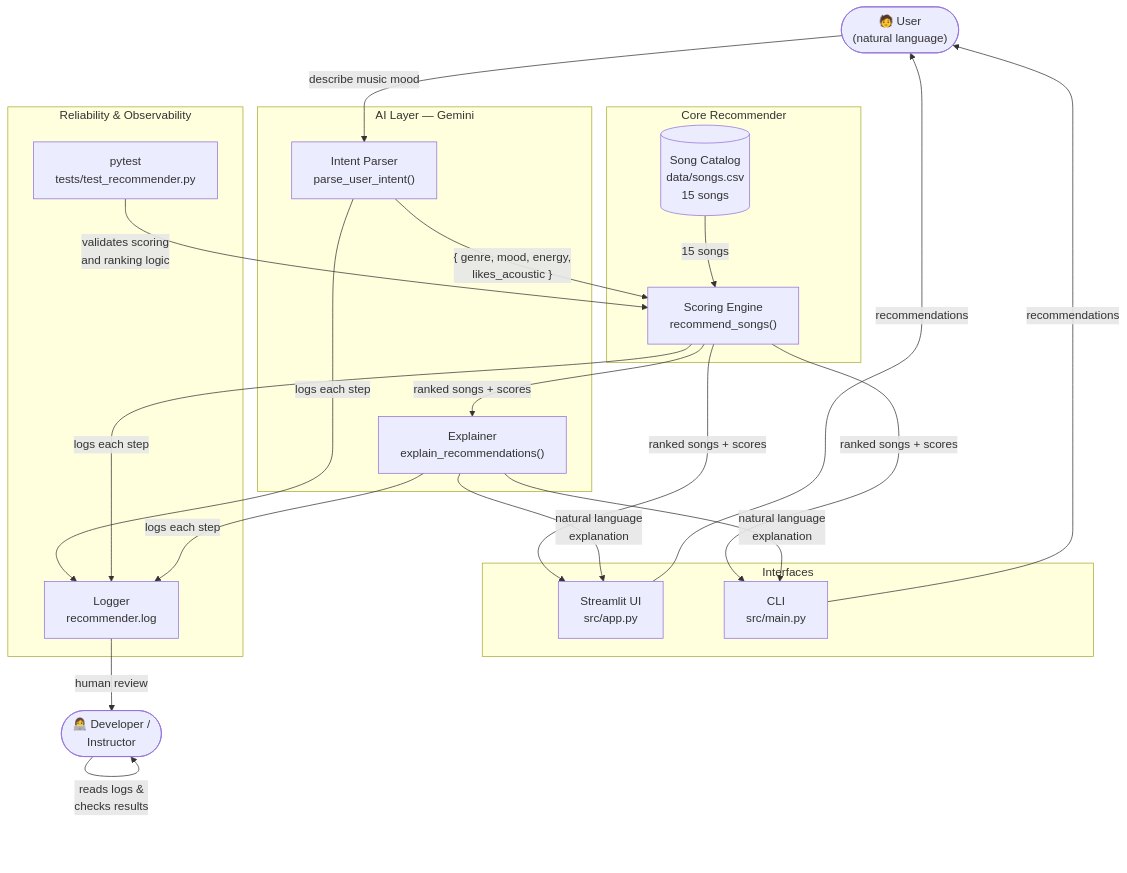
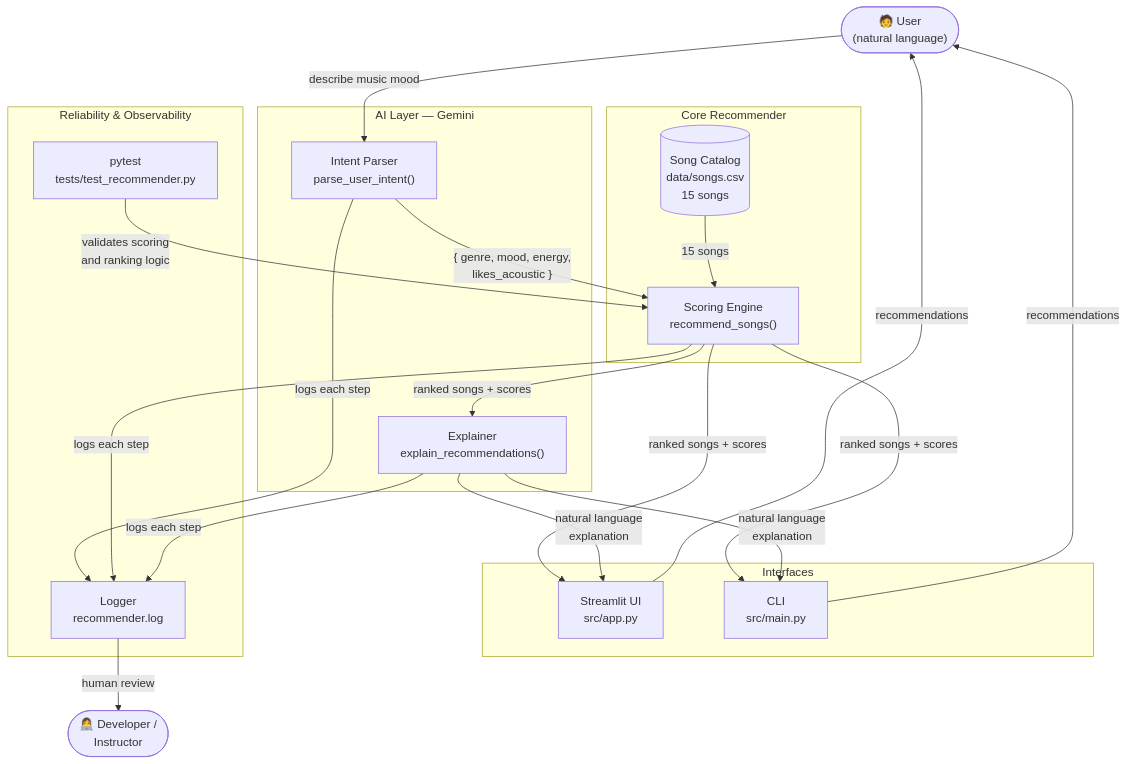
The diagram in README.md (ashokpaudelapril/ai110-module3show-musicrecommendersimulation-starter), drawn with Mermaid before and after one commit. The commit also changed other lines of this file and 10 other files, not shown here.

````diff
--- a/README.md
+++ b/README.md
@@ -27,45 +31,44 @@
 ```mermaid
 flowchart TD
     User(["🧑 User\n(natural language)"])
 
     subgraph AI ["AI Layer — Gemini"]
         Parser["Intent Parser\nparse_user_intent()"]
         Explainer["Explainer\nexplain_recommendations()"]
     end
 
     subgraph Core ["Core Recommender"]
         Scorer["Scoring Engine\nrecommend_songs()"]
         Catalog[("Song Catalog\ndata/songs.csv\n15 songs")]
     end
 
     subgraph Interfaces ["Interfaces"]
         UI["Streamlit UI\nsrc/app.py"]
         CLI["CLI\nsrc/main.py"]
     end
 
     subgraph Reliability ["Reliability & Observability"]
         Logger["Logger\nrecommender.log"]
         Tests["pytest\ntests/test_recommender.py"]
     end
 
     Dev(["👩‍💻 Developer /\nInstructor"])
 
     User -->|"describe music mood"| Parser
     Parser -->|"{ genre, mood, energy,\nlikes_acoustic }"| Scorer
     Catalog -->|"15 songs"| Scorer
     Scorer -->|"ranked songs + scores"| Explainer
     Scorer -->|"ranked songs + scores"| UI
     Scorer -->|"ranked songs + scores"| CLI
     Explainer -->|"natural language\nexplanation"| UI
     Explainer -->|"natural language\nexplanation"| CLI
     UI -->|"recommendations"| User
     CLI -->|"recommendations"| User
 
     Parser -->|"logs each step"| Logger
     Scorer -->|"logs each step"| Logger
     Explainer -->|"logs each step"| Logger
     Logger -->|"human review"| Dev
 
     Tests -->|"validates scoring\nand ranking logic"| Scorer
-    Dev -->|"reads logs &\nchecks results"| Dev
 ```
````
